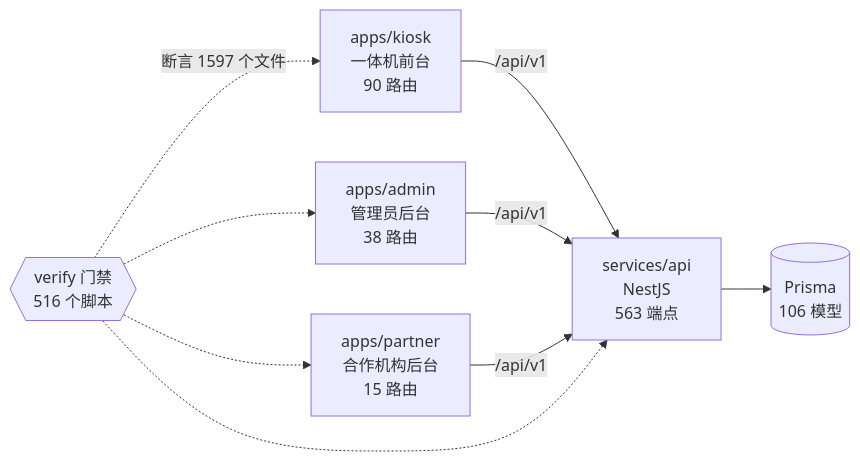
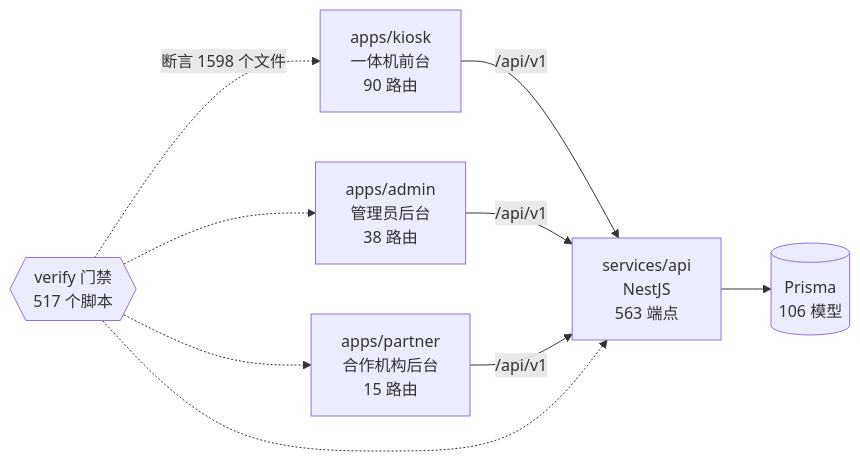
The diagram in docs/graph/README.md (wanglei581/YITIJI), drawn with Mermaid before and after one commit. The commit also changed other lines of this file and 3 other files, not shown here.

Commit message:
docs: 1.8 P-1 进度；图谱

````diff
--- a/docs/graph/README.md
+++ b/docs/graph/README.md
@@ -68,18 +68,18 @@
 ```mermaid
 flowchart LR
   kiosk["apps/kiosk<br/>一体机前台<br/>90 路由"]
   admin["apps/admin<br/>管理员后台<br/>38 路由"]
   partner["apps/partner<br/>合作机构后台<br/>15 路由"]
   api["services/api<br/>NestJS<br/>563 端点"]
   db[("Prisma<br/>106 模型")]
-  gates{{"verify 门禁<br/>516 个脚本"}}
+  gates{{"verify 门禁<br/>517 个脚本"}}
 
   kiosk -->|"/api/v1"| api
   admin -->|"/api/v1"| api
   partner -->|"/api/v1"| api
   api --> db
-  gates -.->|"断言 1597 个文件"| kiosk
+  gates -.->|"断言 1598 个文件"| kiosk
   gates -.-> admin
   gates -.-> partner
   gates -.-> api
 ```
````
